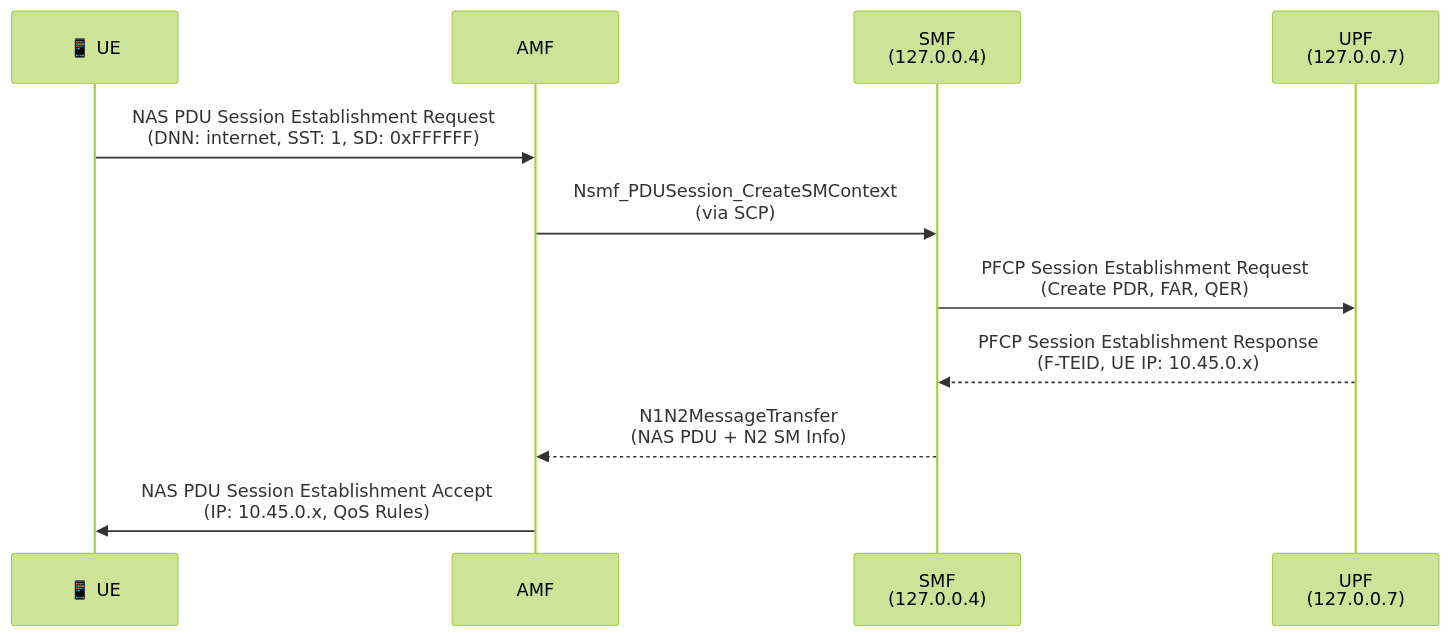
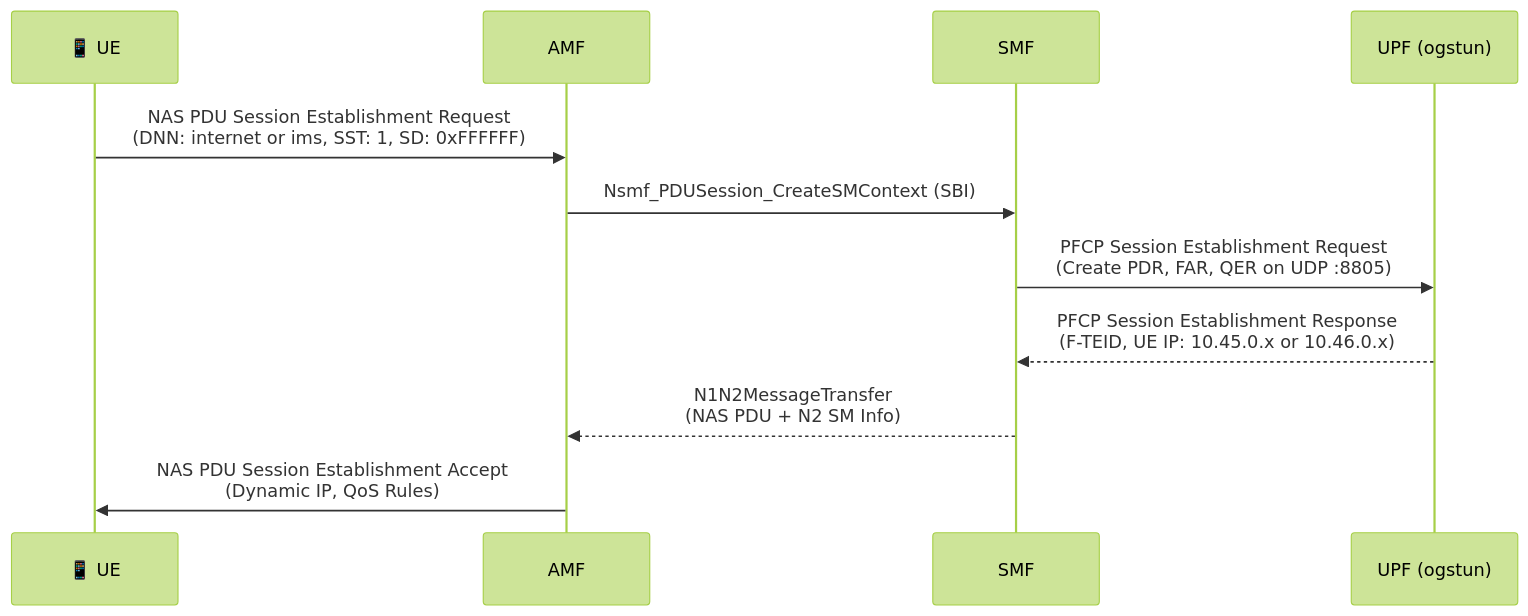
One commit to khattabpi/Open-Telecom-Lab changed the first of 3 diagrams in docs/engineering-notes/debugging-pdu-session.md. Above: the diagram before and after it, drawn with Mermaid (forest theme). The commit also changed other lines of this file and 55 other files, not shown here.

````diff
--- a/docs/engineering-notes/debugging-pdu-session.md
+++ b/docs/engineering-notes/debugging-pdu-session.md
@@ -11,14 +11,14 @@
 ```mermaid
 sequenceDiagram
     participant UE as 📱 UE
     participant AMF as AMF
-    participant SMF as SMF<br/>(127.0.0.4)
-    participant UPF as UPF<br/>(127.0.0.7)
+    participant SMF as SMF
+    participant UPF as UPF (ogstun)
 
-    UE->>AMF: NAS PDU Session Establishment Request<br/>(DNN: internet, SST: 1, SD: 0xFFFFFF)
-    AMF->>SMF: Nsmf_PDUSession_CreateSMContext<br/>(via SCP)
-    SMF->>UPF: PFCP Session Establishment Request<br/>(Create PDR, FAR, QER)
-    UPF-->>SMF: PFCP Session Establishment Response<br/>(F-TEID, UE IP: 10.45.0.x)
+    UE->>AMF: NAS PDU Session Establishment Request<br/>(DNN: internet or ims, SST: 1, SD: 0xFFFFFF)
+    AMF->>SMF: Nsmf_PDUSession_CreateSMContext (SBI)
+    SMF->>UPF: PFCP Session Establishment Request<br/>(Create PDR, FAR, QER on UDP :8805)
+    UPF-->>SMF: PFCP Session Establishment Response<br/>(F-TEID, UE IP: 10.45.0.x or 10.46.0.x)
     SMF-->>AMF: N1N2MessageTransfer<br/>(NAS PDU + N2 SM Info)
-    AMF->>UE: NAS PDU Session Establishment Accept<br/>(IP: 10.45.0.x, QoS Rules)
+    AMF->>UE: NAS PDU Session Establishment Accept<br/>(Dynamic IP, QoS Rules)
 ```
````
